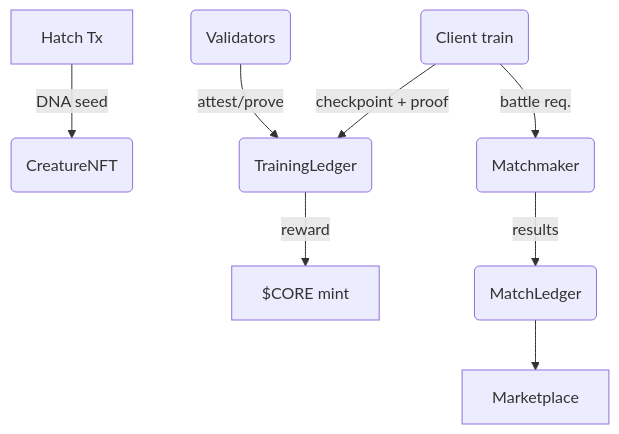
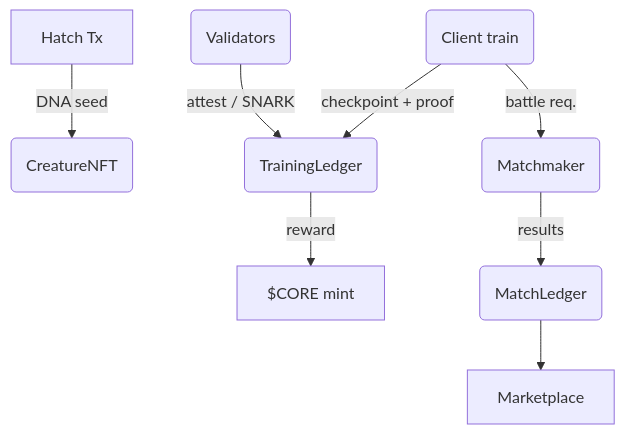
Before and after one commit to joshmorgan1000/chainbeasts: the diagram in docs/Architecture.md, drawn with Mermaid. The commit also changed other lines of this file and 18 other files, not shown here.

````diff
--- a/docs/Architecture.md
+++ b/docs/Architecture.md
@@ -140,10 +75,10 @@
 ```mermaid
 flowchart TD
     A[Hatch Tx] -->|DNA seed| B(CreatureNFT)
-    C(Client train) -->|checkpoint + proof| D(TrainingLedger)
-    E(Validators) -->|attest/prove| D
+    C(Client train) -->|checkpoint + proof| D(TrainingLedger)
+    E(Validators) -->|attest / SNARK| D
     D -->|reward| F[$CORE mint]
     C -->|battle req.| G(Matchmaker)
     G -->|results| H(MatchLedger)
     H --> Marketplace
 ```
````
